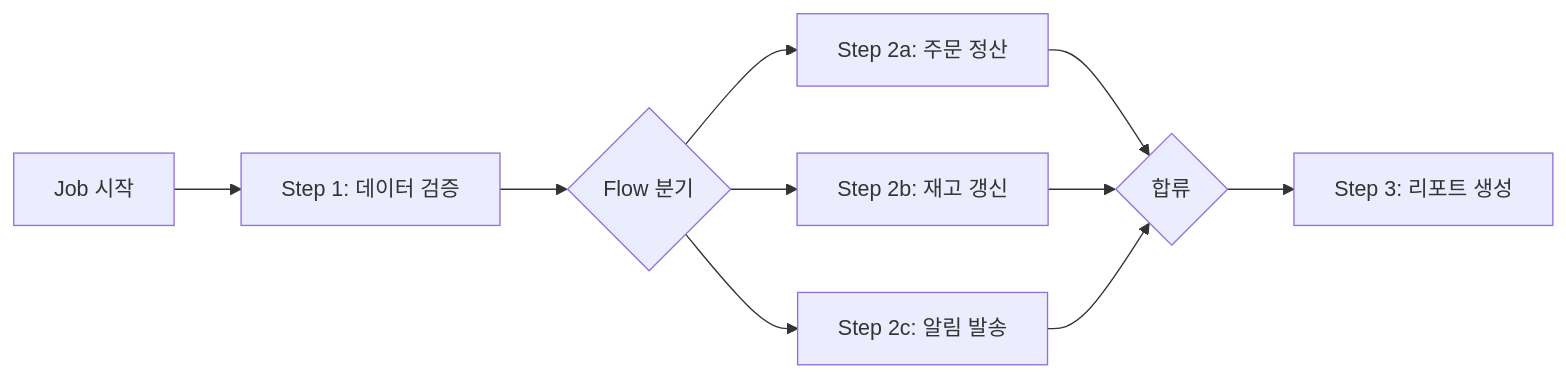
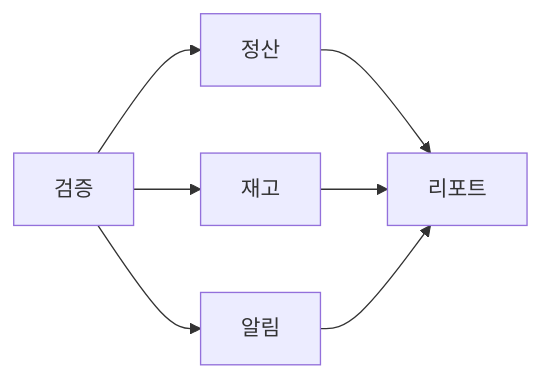
One commit to yjkim2015/yjkim2015.github.io changed the second of 6 diagrams in _posts/batch/2026-05-03-spring-batch-partitioning.md. Above: the diagram before and after it, drawn with Mermaid. The commit also changed other lines of this file and 163 other files, not shown here.

First line of the commit message:
Mermaid 300개 블록 내용 축소: 5노드 5엣지 이하, 의미 있는 약어

````diff
--- a/_posts/batch/2026-05-03-spring-batch-partitioning.md
+++ b/_posts/batch/2026-05-03-spring-batch-partitioning.md
@@ -116,12 +116,7 @@
 ```mermaid
-flowchart LR
-    A["Job 시작"] --> B["Step 1: 데이터 검증"]
-    B --> C{"Flow 분기"}
-    C --> D["Step 2a: 주문 정산"]
-    C --> E["Step 2b: 재고 갱신"]
-    C --> F["Step 2c: 알림 발송"]
-    D --> G{"합류"}
-    E --> G
-    F --> G
-    G --> H["Step 3: 리포트 생성"]
+graph LR
+    A["검증"] --> B["정산"]
+    A --> C["재고"]
+    A --> D["알림"]
+    B & C & D --> E["리포트"]
 ```
````
